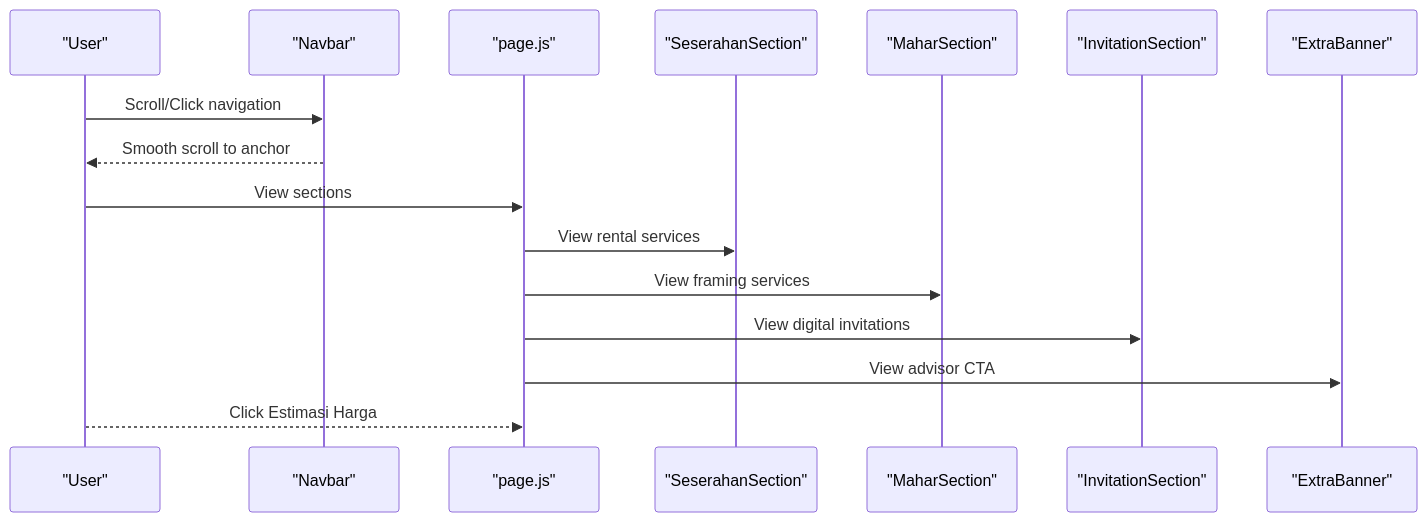
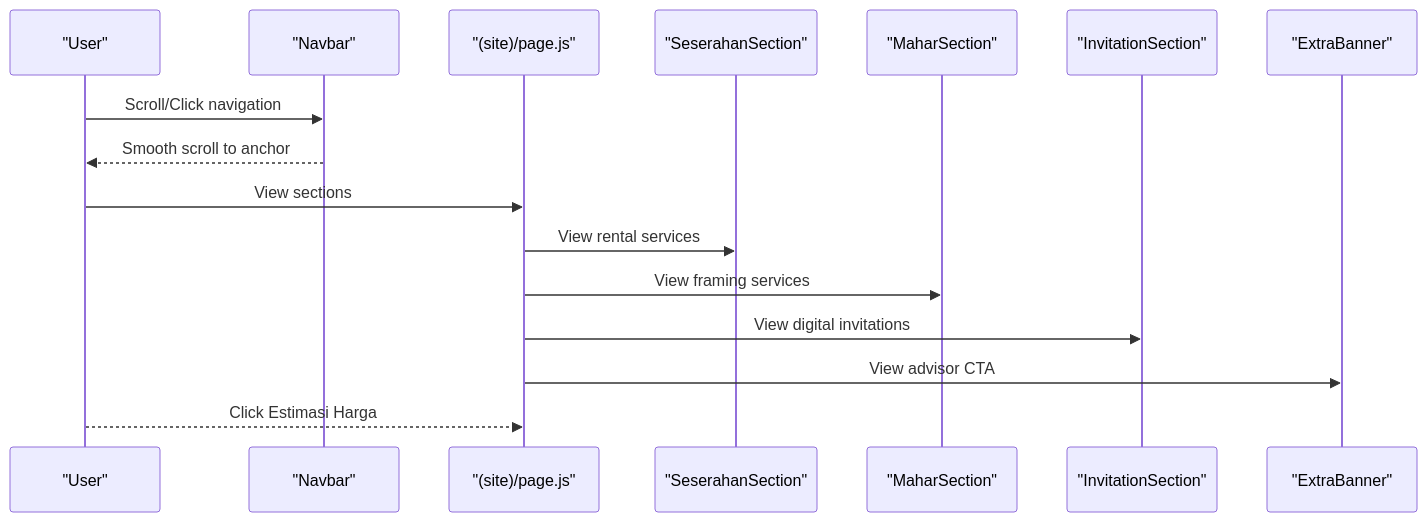
One commit to algorithmsEvolve/momentoclient-fe changed the fifth of 6 diagrams in docs/en/content/Project Overview.md. Above: the diagram before and after it, drawn with Mermaid. The commit also changed other lines of this file and 14 other files, not shown here.

````diff
--- a/docs/en/content/Project Overview.md
+++ b/docs/en/content/Project Overview.md
@@ -269,18 +271,18 @@
 ```mermaid
 sequenceDiagram
 participant U as "User"
 participant N as "Navbar"
-participant P as "page.js"
+participant P as "(site)/page.js"
 participant S as "SeserahanSection"
 participant M as "MaharSection"
 participant I as "InvitationSection"
 participant EB as "ExtraBanner"
 U->>N : Scroll/Click navigation
 N-->>U : Smooth scroll to anchor
 U->>P : View sections
 P->>S : View rental services
 P->>M : View framing services
 P->>I : View digital invitations
 P->>EB : View advisor CTA
 U-->>P : Click Estimasi Harga
 ```
````
